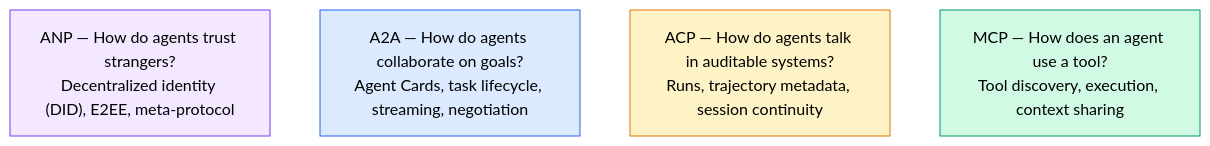
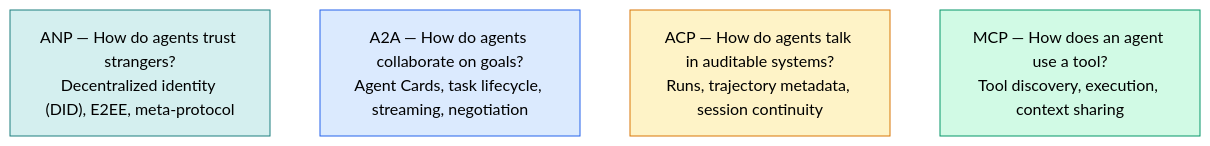
The first of 13 diagrams in phases/16-multi-agent-and-swarms/03-communication-protocols/docs/en.md (SystemaOps/ai-engineering-Systemaops), drawn with Mermaid (forest theme) before and after one commit. The commit also changed other lines of this file and 135 other files, not shown here.

````diff
--- a/phases/16-multi-agent-and-swarms/03-communication-protocols/docs/en.md
+++ b/phases/16-multi-agent-and-swarms/03-communication-protocols/docs/en.md
@@ -40,12 +40,12 @@
 ```mermaid
 flowchart TD
   ANP["ANP — How do agents trust strangers?<br/>Decentralized identity (DID), E2EE, meta-protocol"]
   A2A["A2A — How do agents collaborate on goals?<br/>Agent Cards, task lifecycle, streaming, negotiation"]
   ACP["ACP — How do agents talk in auditable systems?<br/>Runs, trajectory metadata, session continuity"]
   MCP["MCP — How does an agent use a tool?<br/>Tool discovery, execution, context sharing"]
 
-  style ANP fill:#f3e8ff,stroke:#7c3aed
+  style ANP fill:#d4efef,stroke:#1C7F7F
   style A2A fill:#dbeafe,stroke:#2563eb
   style ACP fill:#fef3c7,stroke:#d97706
   style MCP fill:#d1fae5,stroke:#059669
 ```
````
